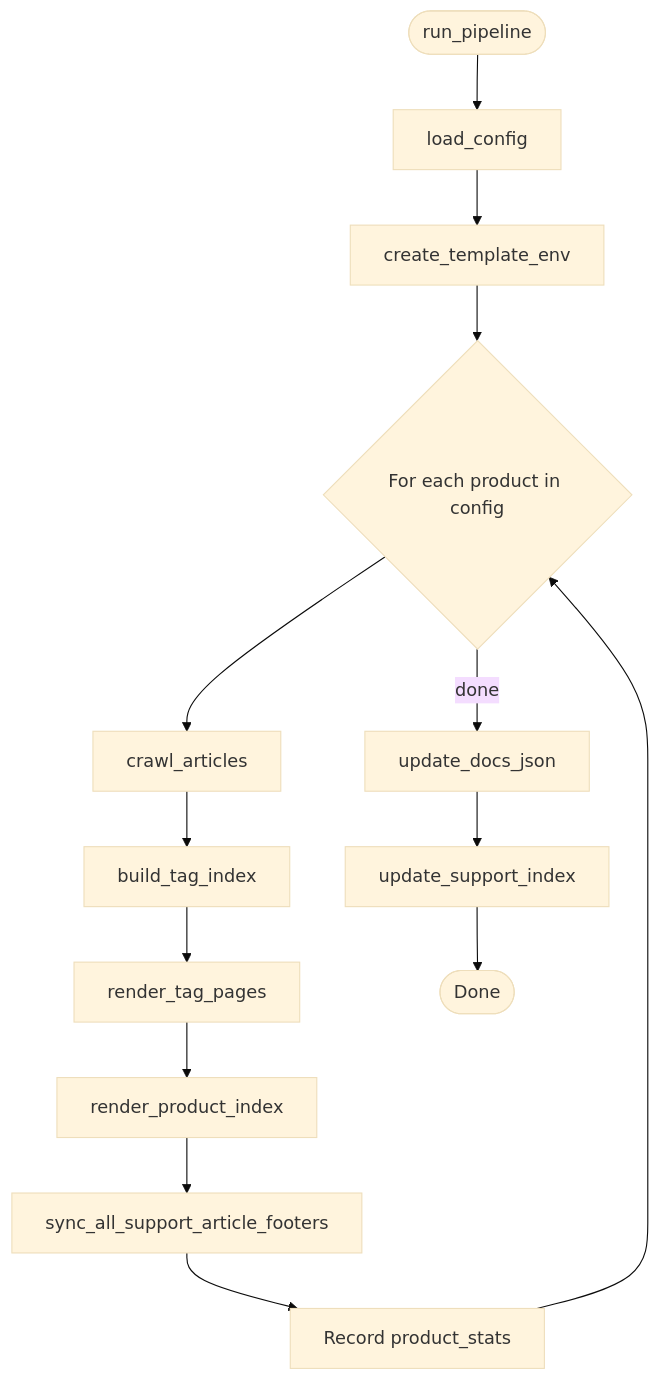
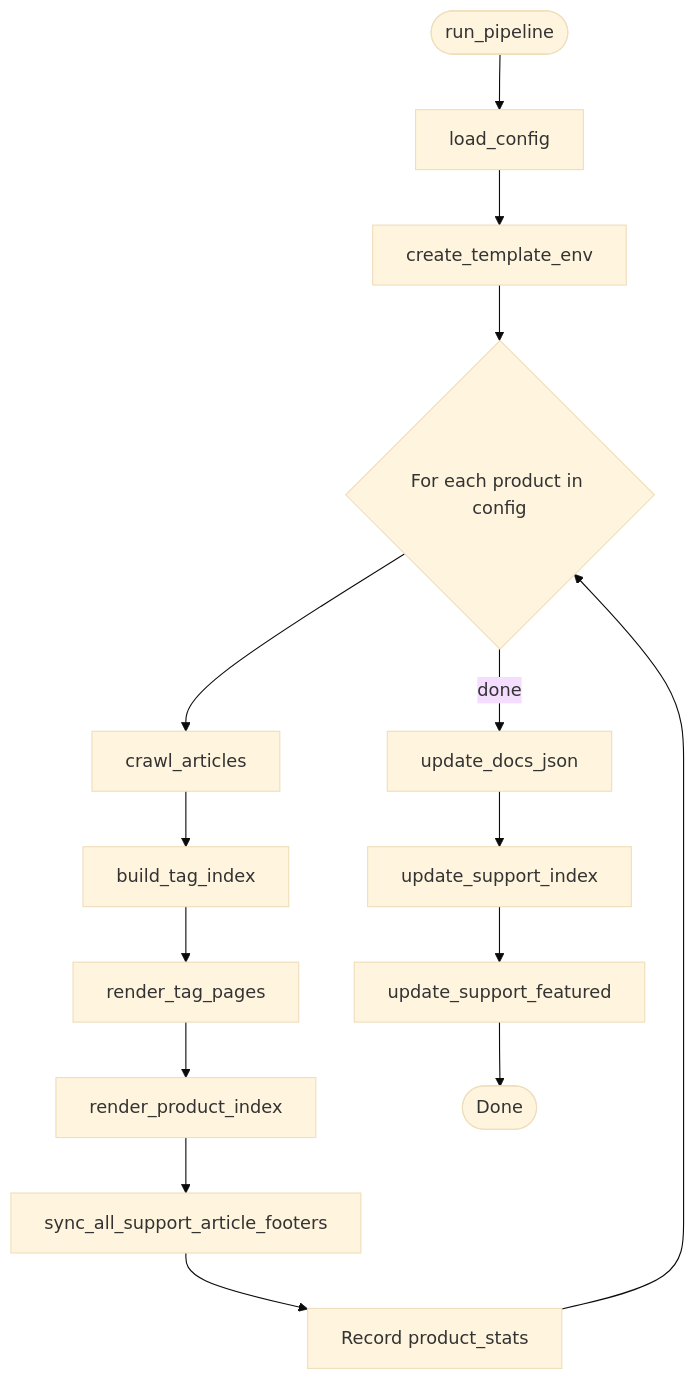
One commit to wandb/docs changed the third of 4 diagrams in scripts/knowledgebase-nav/Architecture.md. Above: the diagram before and after it, drawn with Mermaid (base theme). The commit also changed other lines of this file and 228 other files, not shown here.

````diff
--- a/scripts/knowledgebase-nav/Architecture.md
+++ b/scripts/knowledgebase-nav/Architecture.md
@@ -57,16 +57,17 @@
 ```mermaid
 flowchart TD
   START([run_pipeline]) --> LOAD[load_config]
   LOAD --> JINJA[create_template_env]
   JINJA --> LOOP{For each product in config}
   LOOP --> P1[crawl_articles]
   P1 --> P2[build_tag_index]
   P2 --> P3[render_tag_pages]
   P3 --> P4[render_product_index]
   P4 --> P5[sync_all_support_article_footers]
   P5 --> P6[Record product_stats]
   P6 --> LOOP
   LOOP -->|done| P7[update_docs_json]
   P7 --> P8[update_support_index]
-  P8 --> DONE([Done])
+  P8 --> P9[update_support_featured]
+  P9 --> DONE([Done])
 ```
````
